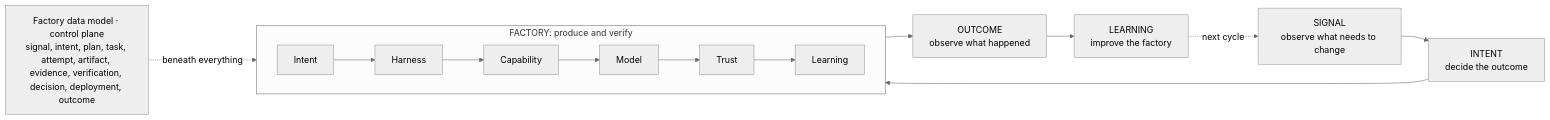
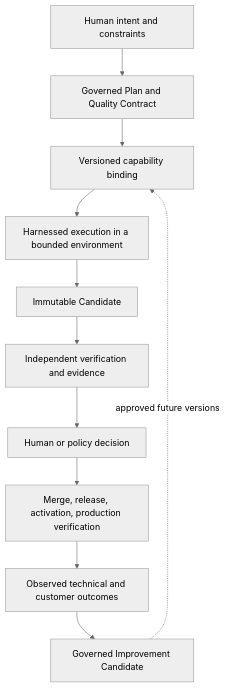
The second of 2 diagrams in guide/01-understand/02-the-factory-in-one-view.md (jaydubya818/ai-software-factory-mastery), drawn with Mermaid (neutral theme) before and after one commit. The commit also changed other lines of this file and 29 other files, not shown here.

````diff
--- a/guide/01-understand/02-the-factory-in-one-view.md
+++ b/guide/01-understand/02-the-factory-in-one-view.md
@@ -210,14 +108,13 @@
 ```mermaid
-flowchart LR
-    subgraph F["FACTORY: produce and verify"]
-        direction LR
-        I["Intent"] --> H["Harness"] --> C["Capability"] --> M["Model"] --> T["Trust"] --> L["Learning"]
-    end
-    S["SIGNAL<br/>observe what needs to change"] --> IN["INTENT<br/>decide the outcome"]
-    IN --> F
-    F --> O["OUTCOME<br/>observe what happened"]
-    O --> LE["LEARNING<br/>improve the factory"]
-    LE -.->|next cycle| S
-    DM["Factory data model · control plane<br/>signal, intent, plan, task, attempt, artifact, evidence, verification, decision, deployment, outcome"]
-    DM -. beneath everything .-> F
+flowchart TB
+    H["Human intent and constraints"] --> GP["Governed Plan and Quality Contract"]
+    GP --> B["Versioned capability binding"]
+    B --> EX["Harnessed execution in a bounded environment"]
+    EX --> C["Immutable Candidate"]
+    C --> V["Independent verification and evidence"]
+    V --> HD["Human or policy decision"]
+    HD --> R["Merge, release, activation, production verification"]
+    R --> O["Observed technical and customer outcomes"]
+    O --> IC["Governed Improvement Candidate"]
+    IC -. "approved future versions" .-> B
 ```
````
